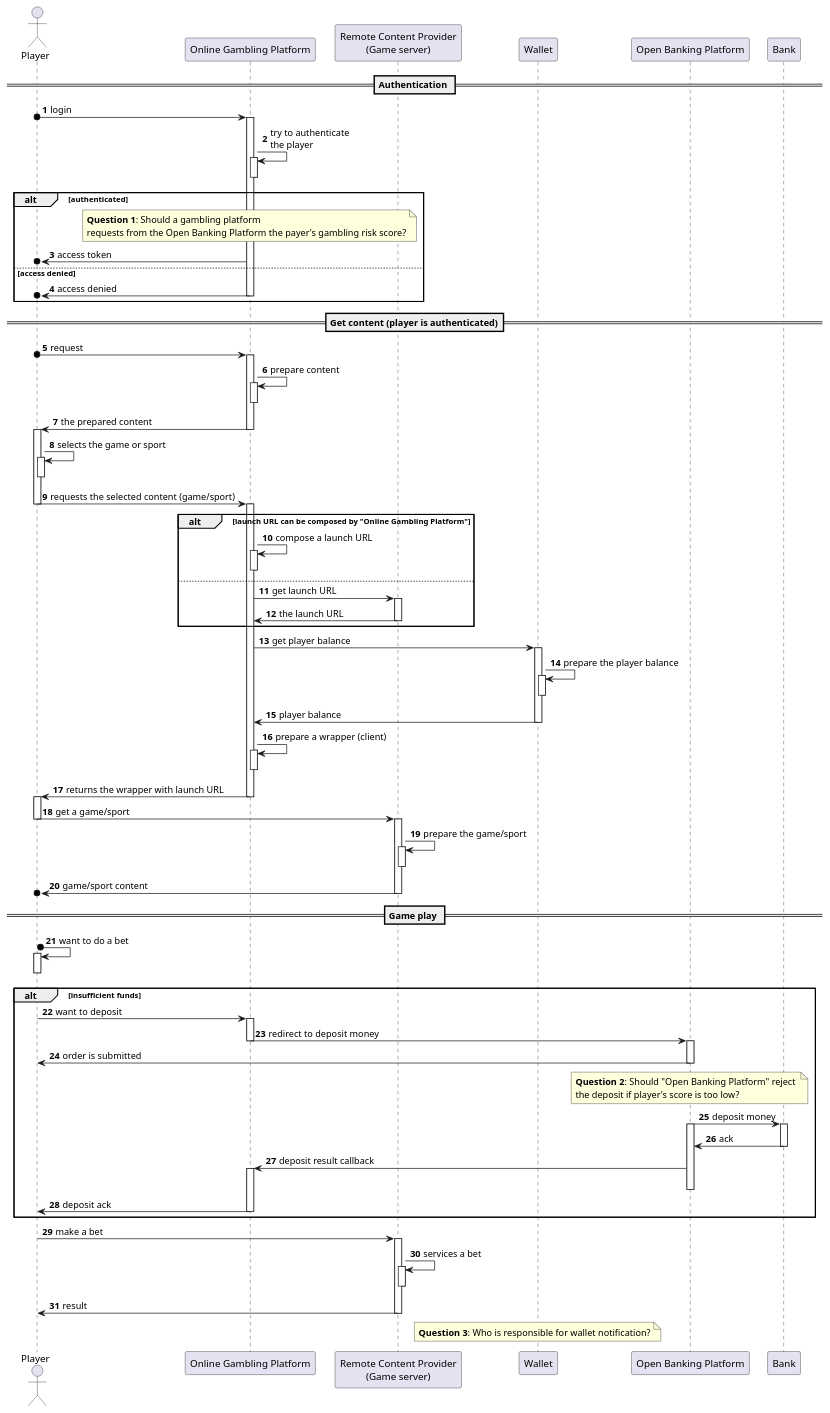
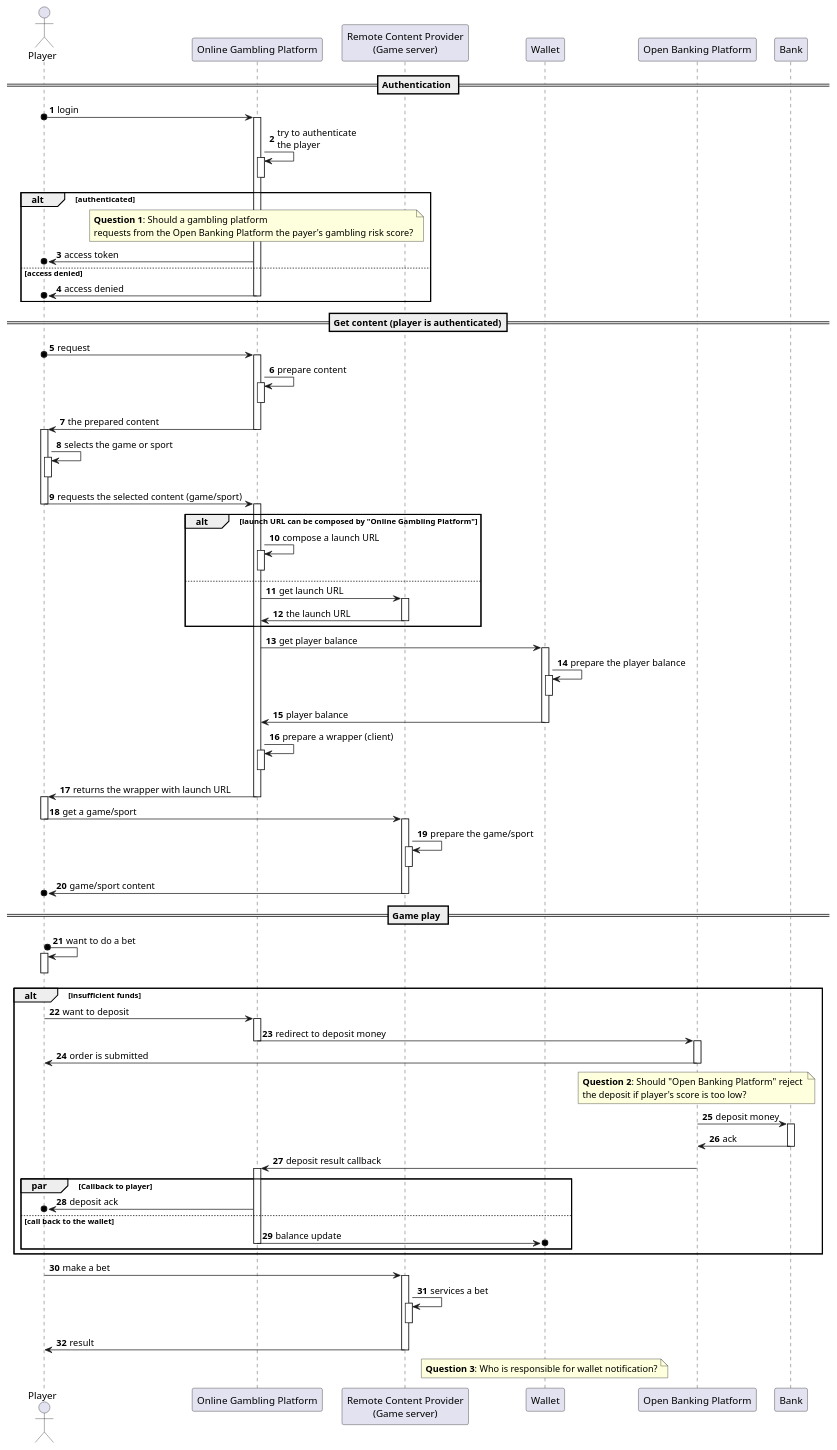
One commit to hkravtsov/affordability changed the diagram in umls/general_flow.puml. Above: the diagram before and after it, drawn with PlantUML. The commit also changed 1 other file, not shown here.

```diff
--- a/umls/general_flow.puml
+++ b/umls/general_flow.puml
@@ -1,64 +1,70 @@
 @startuml
 
 autonumber
 
 actor player as "Player"
 participant ogp as "Online Gambling Platform"
 participant rcp as "Remote Content Provider\n(Game server)"
 participant wallet as "Wallet"
 participant obp as "Open Banking Platform"
 participant bank as "Bank"
 
 == Authentication ==
 
 player o-> ogp++: login
 ogp -> ogp++--: try to authenticate\nthe player
 alt authenticated
   note over ogp: <b>Question 1</b>: Should a gambling platform \nrequests from the Open Banking Platform the payer's gambling risk score?
   ogp ->o player: access token
    else  access denied
   ogp ->o player--: access denied
 end
 
 == Get content (player is authenticated)==
 
 player o-> ogp++: request
 ogp -> ogp++--: prepare content
 ogp -> player--++: the prepared content
 player -> player++--: selects the game or sport
 player -> ogp--++: requests the selected content (game/sport)
 alt launch URL can be composed by "Online Gambling Platform"
   ogp -> ogp++--: compose a launch URL
 else
   ogp -> rcp++: get launch URL
   rcp -> ogp--: the launch URL
 end
 ogp -> wallet++: get player balance
 wallet -> wallet++--: prepare the player balance
 wallet -> ogp--: player balance
 ogp -> ogp++-- : prepare a wrapper (client)
 ogp -> player--++: returns the wrapper with launch URL
 player -> rcp--++: get a game/sport
 rcp -> rcp++--: prepare the game/sport
 rcp ->o player-- : game/sport content
 
 == Game play ==
 player o-> player++--: want to do a bet
 alt insufficient funds
   player -> ogp++: want to deposit
   ogp -> obp--++: redirect to deposit money
   obp -> player--: order is submitted
   note over obp: <b>Question 2</b>: Should "Open Banking Platform" reject \nthe deposit if player's score is too low?
   obp -> bank++: deposit money
-  activate obp
   bank -> obp--: ack
-  obp -> ogp++: deposit result callback
-  deactivate obp
-  ogp -> player--: deposit ack
+  obp -> ogp: deposit result callback
+  activate ogp
+
+  par Callback to player
+    ogp ->o player: deposit ack
+  else call back to the wallet
+    ogp ->o  wallet: balance update
+    deactivate ogp
   end
+
+end
 player -> rcp++: make a bet
 rcp -> rcp++--: services a bet
 rcp -> player--: result
 note over wallet: <b>Question 3</b>: Who is responsible for wallet notification?
 
 @enduml
```
